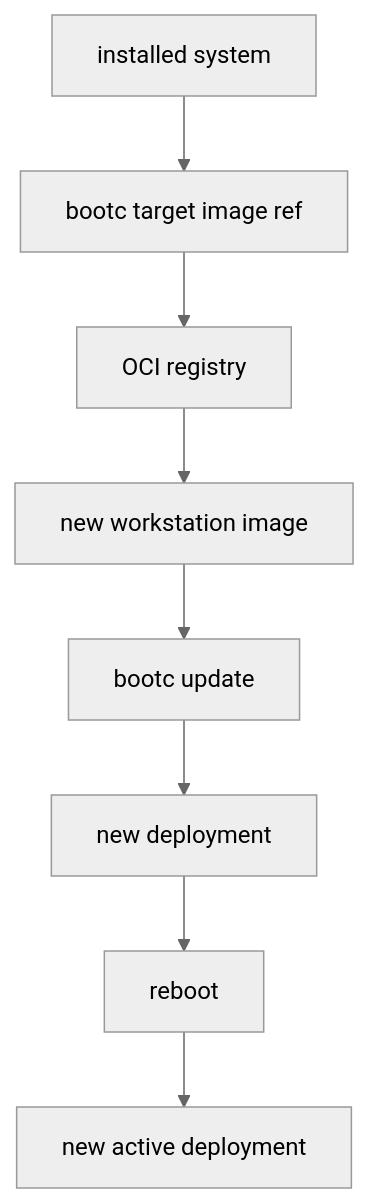
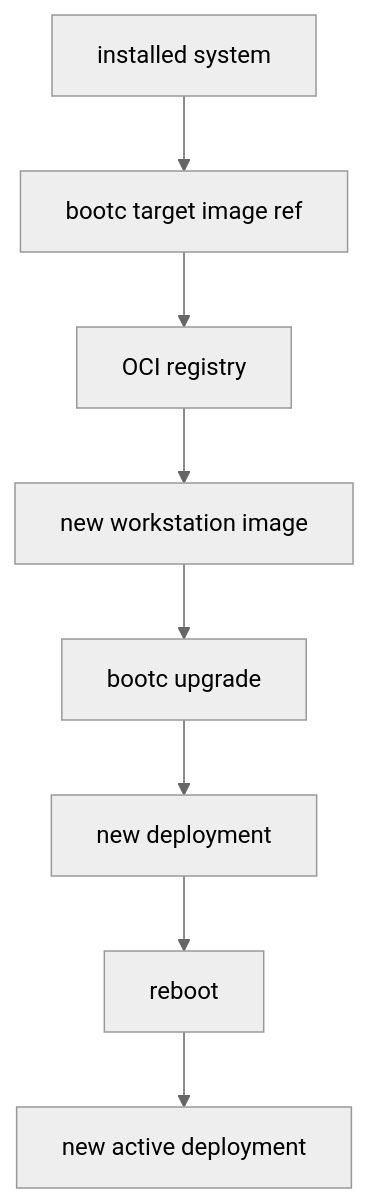
One commit to luminusOS/images changed diagram 15 of 15 in ARCHITECTURE.md. Above: the diagram before and after it, drawn with Mermaid (neutral theme). The commit also changed other lines of this file and 50 other files, not shown here.

````diff
--- a/ARCHITECTURE.md
+++ b/ARCHITECTURE.md
@@ -685,13 +688,13 @@
 ```mermaid
 flowchart TD
     Installed["installed system"]
     Ref["bootc target image ref"]
     Registry["OCI registry"]
     NewImage["new workstation image"]
-    Update["bootc update"]
+    Update["bootc upgrade"]
     Deployment["new deployment"]
     Reboot["reboot"]
     Active["new active deployment"]
 
     Installed --> Ref --> Registry --> NewImage --> Update --> Deployment --> Reboot --> Active
 ```
````
